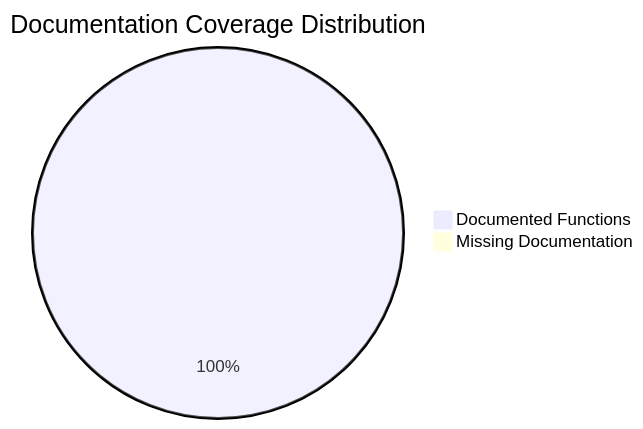
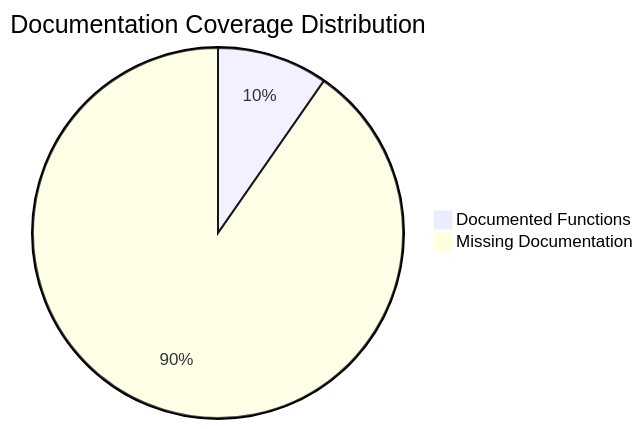
One commit to Spitfire-Products/Arkival-V4 changed the fourth of 4 diagrams in ARCHITECTURE_DIAGRAM.md. Above: the diagram before and after it, drawn with Mermaid. The commit also changed other lines of this file and 41 other files, not shown here.

````diff
--- a/ARCHITECTURE_DIAGRAM.md
+++ b/ARCHITECTURE_DIAGRAM.md
@@ -101,5 +101,5 @@
 ```mermaid
 pie title Documentation Coverage Distribution
-    "Documented Functions" : 59
-    "Missing Documentation" : 0
+    "Documented Functions" : 60
+    "Missing Documentation" : 560
 ```
````
